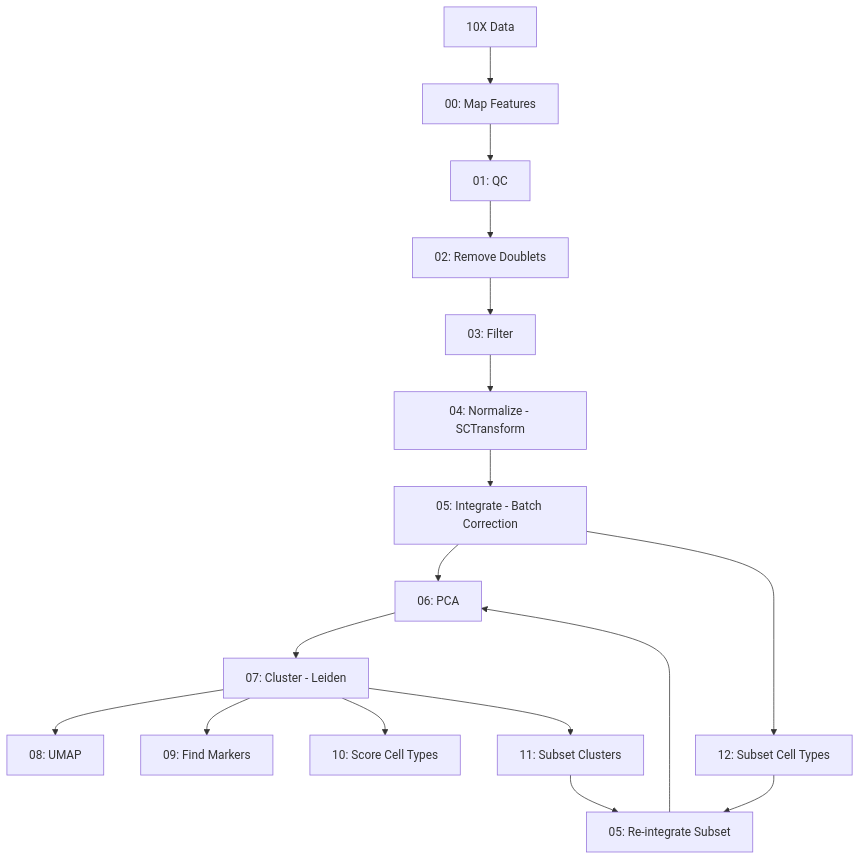
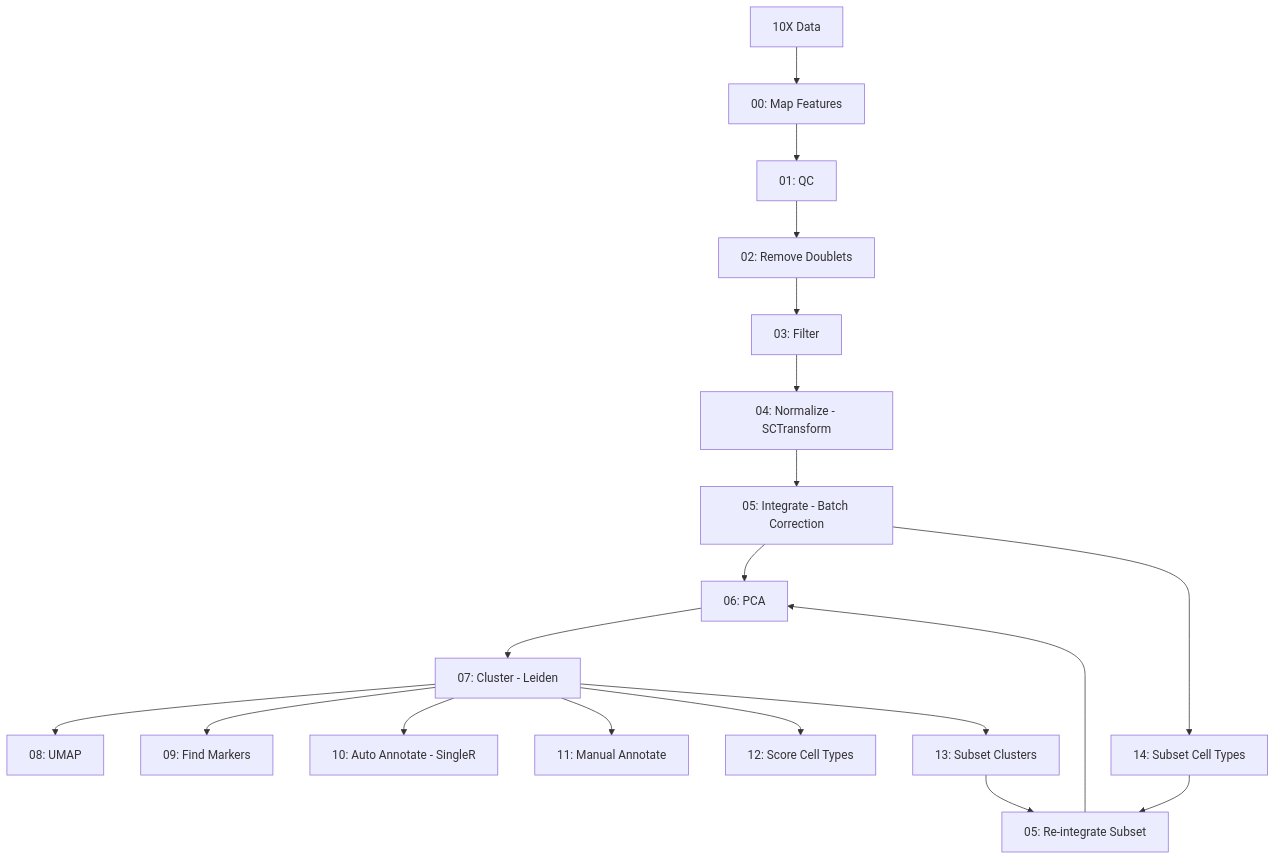
One commit to ehda-dolatabadi/BINF7700_Capstone changed the diagram in scripts/seurat/README.md. Above: the diagram before and after it, drawn with Mermaid. The commit also changed other lines of this file and 19 other files, not shown here.

````diff
--- a/scripts/seurat/README.md
+++ b/scripts/seurat/README.md
@@ -138,19 +142,21 @@
 ```mermaid
 graph TD
     A[10X Data] --> B[00: Map Features]
     B --> C[01: QC]
     C --> D[02: Remove Doublets]
     D --> E[03: Filter]
     E --> F[04: Normalize - SCTransform]
     F --> G[05: Integrate - Batch Correction]
     G --> H[06: PCA]
     H --> I[07: Cluster - Leiden]
     I --> J[08: UMAP]
     I --> K[09: Find Markers]
-    I --> L[10: Score Cell Types]
-    I --> M[11: Subset Clusters]
-    G --> N[12: Subset Cell Types]
-    M --> O[05: Re-integrate Subset]
-    N --> O
-    O --> H
+    I --> L[10: Auto Annotate - SingleR]
+    I --> M[11: Manual Annotate]
+    I --> N[12: Score Cell Types]
+    I --> O[13: Subset Clusters]
+    G --> P[14: Subset Cell Types]
+    O --> Q[05: Re-integrate Subset]
+    P --> Q
+    Q --> H
 ```
````
